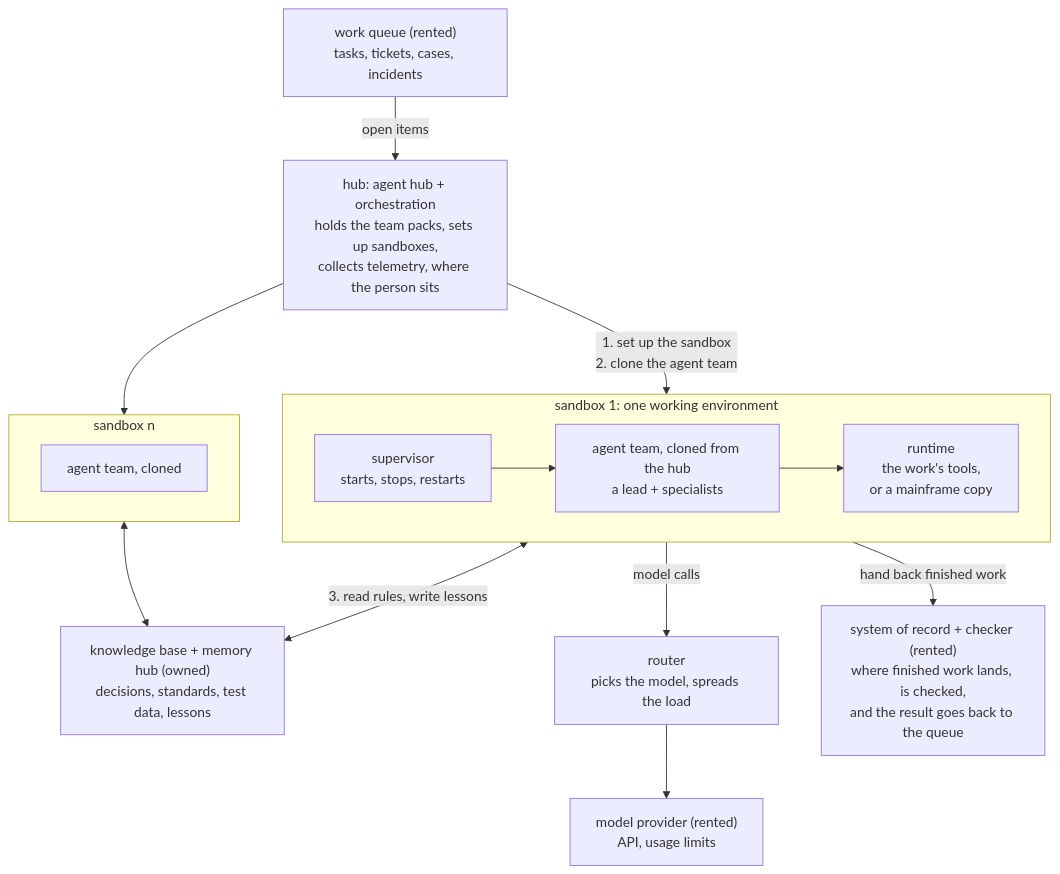
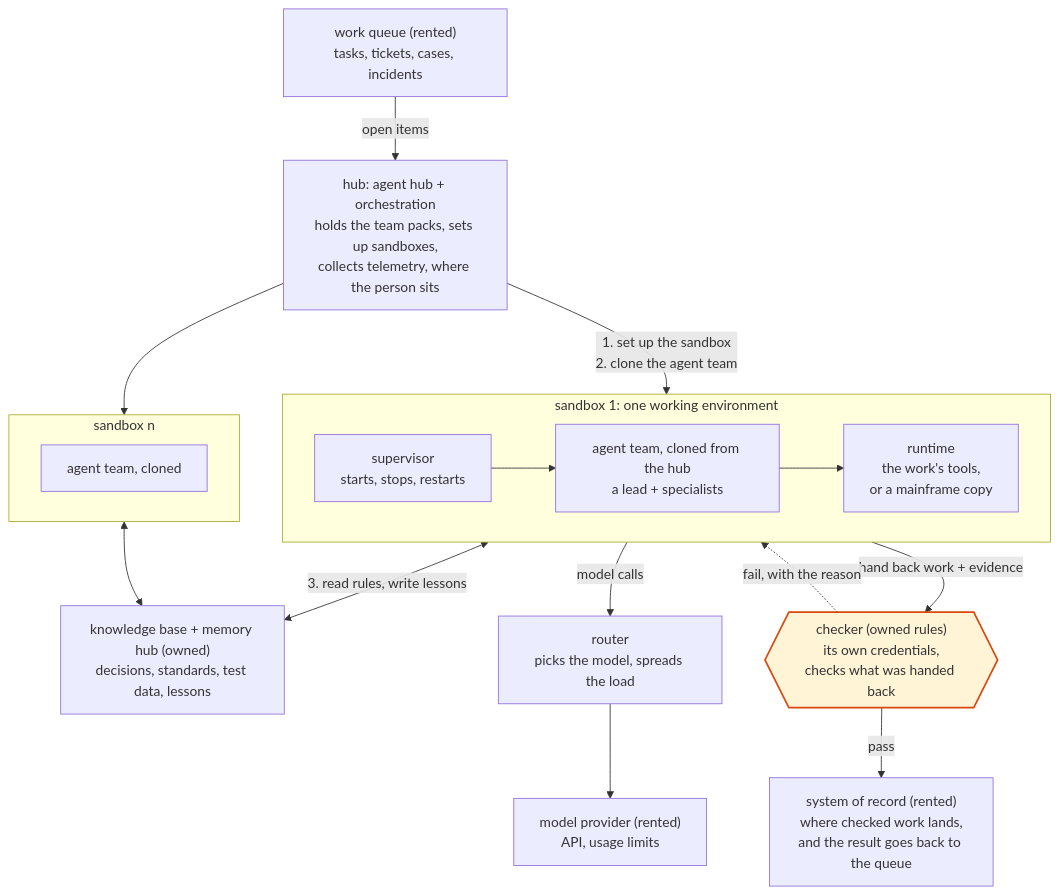
The second of 3 diagrams in src/content/blog/morden_ai_agent_system.md (locchh/blogs), drawn with Mermaid before and after one commit. The commit also changed other lines of this file, not shown here.

First line of the commit message:
docs(blog): make the checker the seventh building block

````diff
--- a/src/content/blog/morden_ai_agent_system.md
+++ b/src/content/blog/morden_ai_agent_system.md
@@ -48,28 +54,33 @@
 ```mermaid
 flowchart TB
   BL["work queue (rented)<br/>tasks, tickets, cases, incidents"]
   HUB["hub: agent hub + orchestration<br/>holds the team packs, sets up sandboxes,<br/>collects telemetry, where the person sits"]
   subgraph SB1["sandbox 1: one working environment"]
     direction LR
     SUP1["supervisor<br/>starts, stops, restarts"]
     TEAM1["agent team, cloned from the hub<br/>a lead + specialists"]
     RUN1["runtime<br/>the work's tools,<br/>or a mainframe copy"]
     SUP1 --> TEAM1
     TEAM1 --> RUN1
   end
   subgraph SBN["sandbox n"]
     TEAMN["agent team, cloned"]
   end
   KB["knowledge base + memory hub (owned)<br/>decisions, standards, test data, lessons"]
   RT["router<br/>picks the model, spreads the load"]
   LLM["model provider (rented)<br/>API, usage limits"]
-  SOR["system of record + checker (rented)<br/>where finished work lands, is checked,<br/>and the result goes back to the queue"]
+  CHK{{"checker (owned rules)<br/>its own credentials,<br/>checks what was handed back"}}
+  SOR["system of record (rented)<br/>where checked work lands,<br/>and the result goes back to the queue"]
   BL -->|"open items"| HUB
   HUB -->|"1. set up the sandbox<br/>2. clone the agent team"| SB1
   HUB --> SBN
   SB1 <-->|"3. read rules, write lessons"| KB
   SBN <--> KB
   SB1 -->|"model calls"| RT
   RT --> LLM
-  SB1 -->|"hand back finished work"| SOR
+  SB1 -->|"hand back work + evidence"| CHK
+  CHK -.->|"fail, with the reason"| SB1
+  CHK -->|"pass"| SOR
+  class CHK check
+  classDef check fill:#fff4d6,stroke:#d9480f,stroke-width:2px
 ```
````
